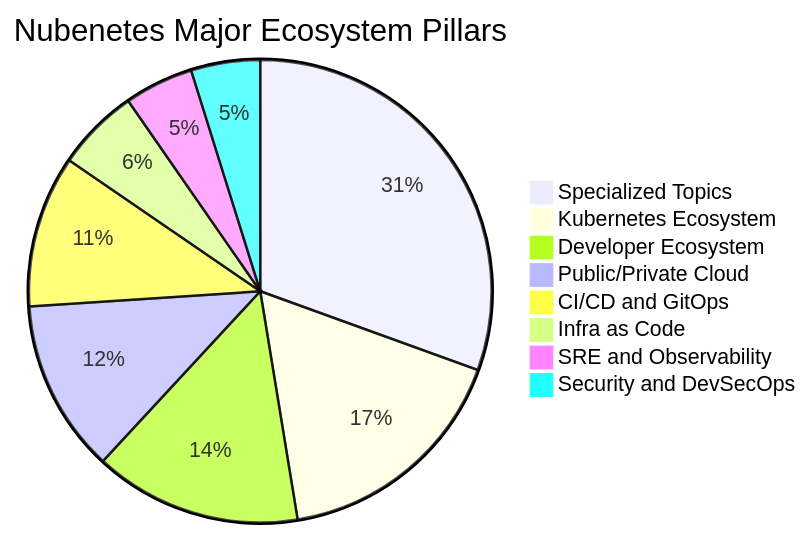
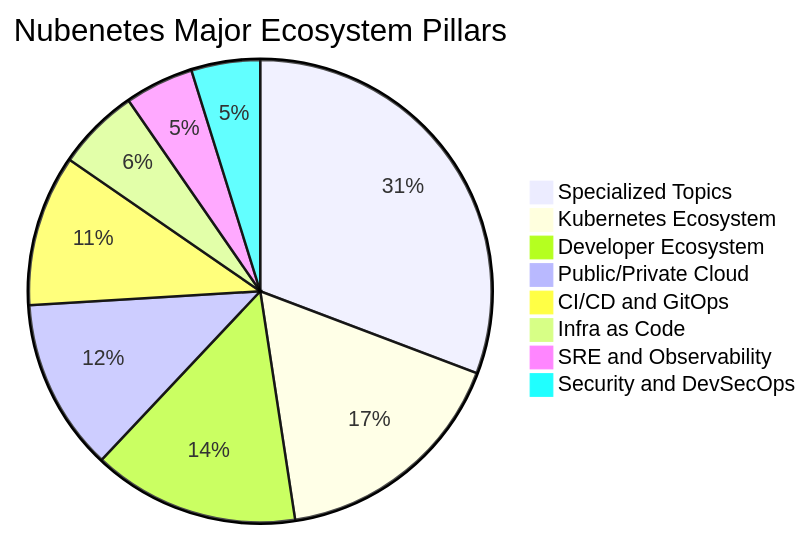
One commit to nubenetes/awesome-kubernetes changed the second of 14 diagrams in README.md. Above: the diagram before and after it, drawn with Mermaid. The commit also changed other lines of this file, not shown here.

````diff
--- a/README.md
+++ b/README.md
@@ -308,11 +308,11 @@
 ```mermaid
 pie title Nubenetes Major Ecosystem Pillars
-    "Specialized Topics" : 6328
+    "Specialized Topics" : 6396
     "Kubernetes Ecosystem" : 3500
     "Developer Ecosystem" : 3000
     "Public/Private Cloud" : 2500
     "CI/CD and GitOps" : 2200
     "Infra as Code" : 1200
     "SRE and Observability" : 1000
     "Security and DevSecOps" : 1000
 ```
````
